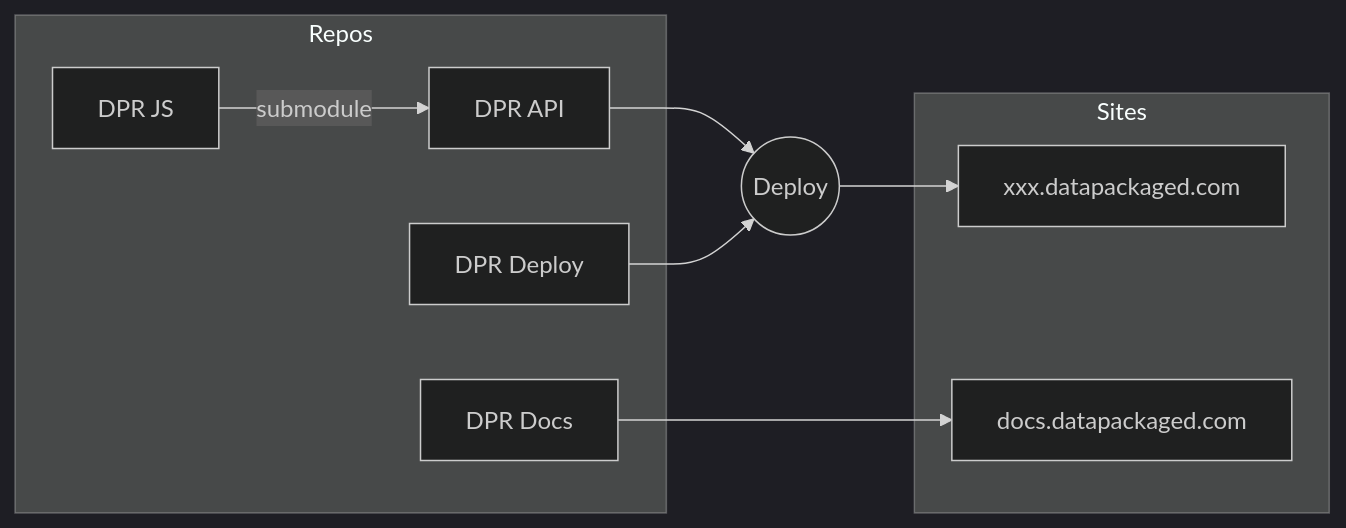
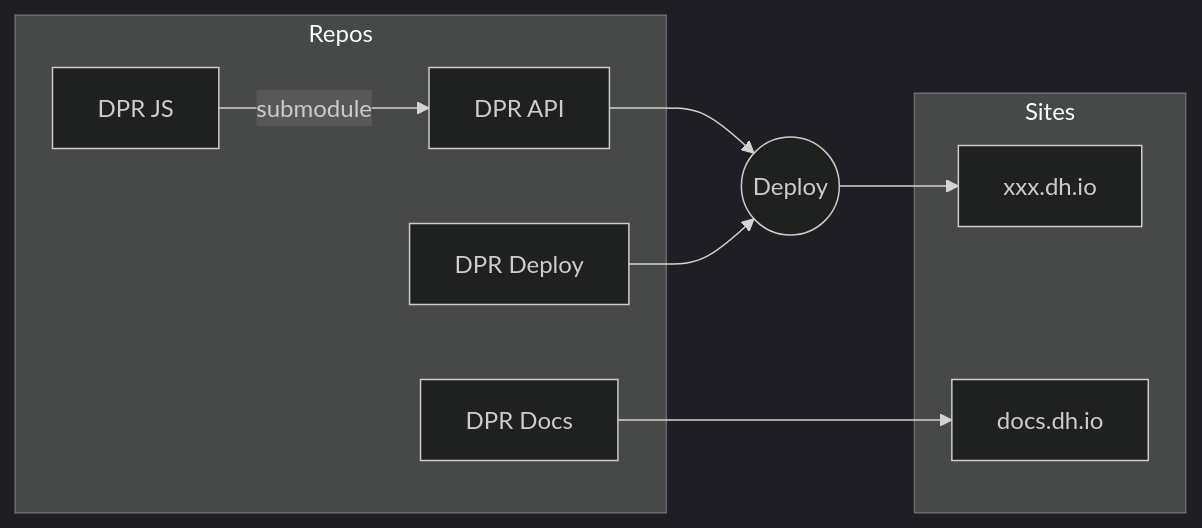
The diagram in docs/developers/index.md (datopian/datahub-docs-tech), drawn with Mermaid (dark theme) before and after one commit. The commit also changed 4 other files, not shown here.

Commit message:
[misc][s]: change docs.datapackaged.com to docs.datahub.io.

```diff
--- a/docs/developers/index.md
+++ b/docs/developers/index.md
@@ -19,22 +19,22 @@
 <div class="mermaid">
 graph LR
 
 subgraph Repos
   dprapi[DPR API]
   dprjs[DPR JS]
   dprdeploy[DPR Deploy]
   dprdocs[DPR Docs]
   dprjs --submodule--> dprapi
 end
 
 subgraph Sites
-  dhio[xxx.datapackaged.com]
-  dhdocs[docs.datapackaged.com]
+  dhio[xxx.dh.io]
+  dhdocs[docs.dh.io]
   dprdocs --> dhdocs
 end
 
 deploy((Deploy))
 dprapi --> deploy
 deploy --> dhio
 dprdeploy --> deploy
 </div>
```
